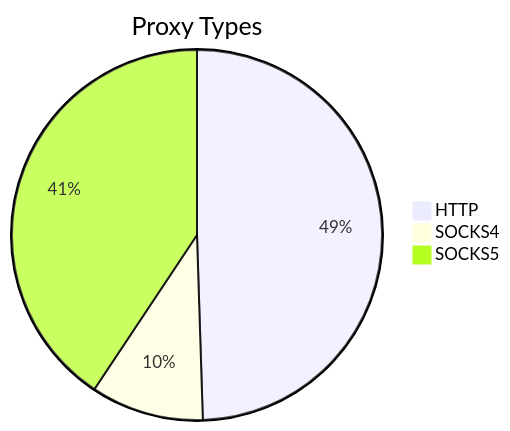
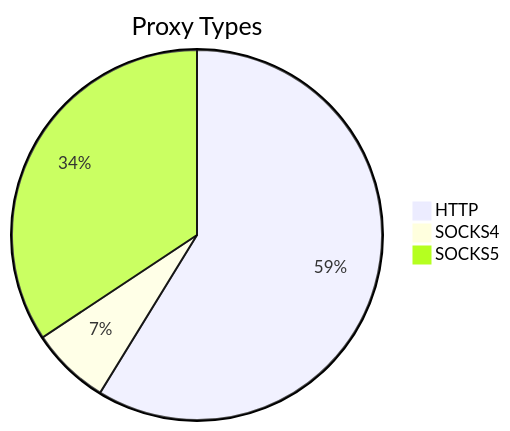
One commit to stormsia/proxy-list changed the first of 2 diagrams in README.md. Above: the diagram before and after it, drawn with Mermaid. The commit also changed other lines of this file, not shown here.

````diff
--- a/README.md
+++ b/README.md
@@ -21,6 +21,6 @@
 ```mermaid
 pie title Proxy Types
-    "HTTP" : 196
-    "SOCKS4" : 39
-    "SOCKS5" : 161
+    "HTTP" : 238
+    "SOCKS4" : 28
+    "SOCKS5" : 139
 ```
````
